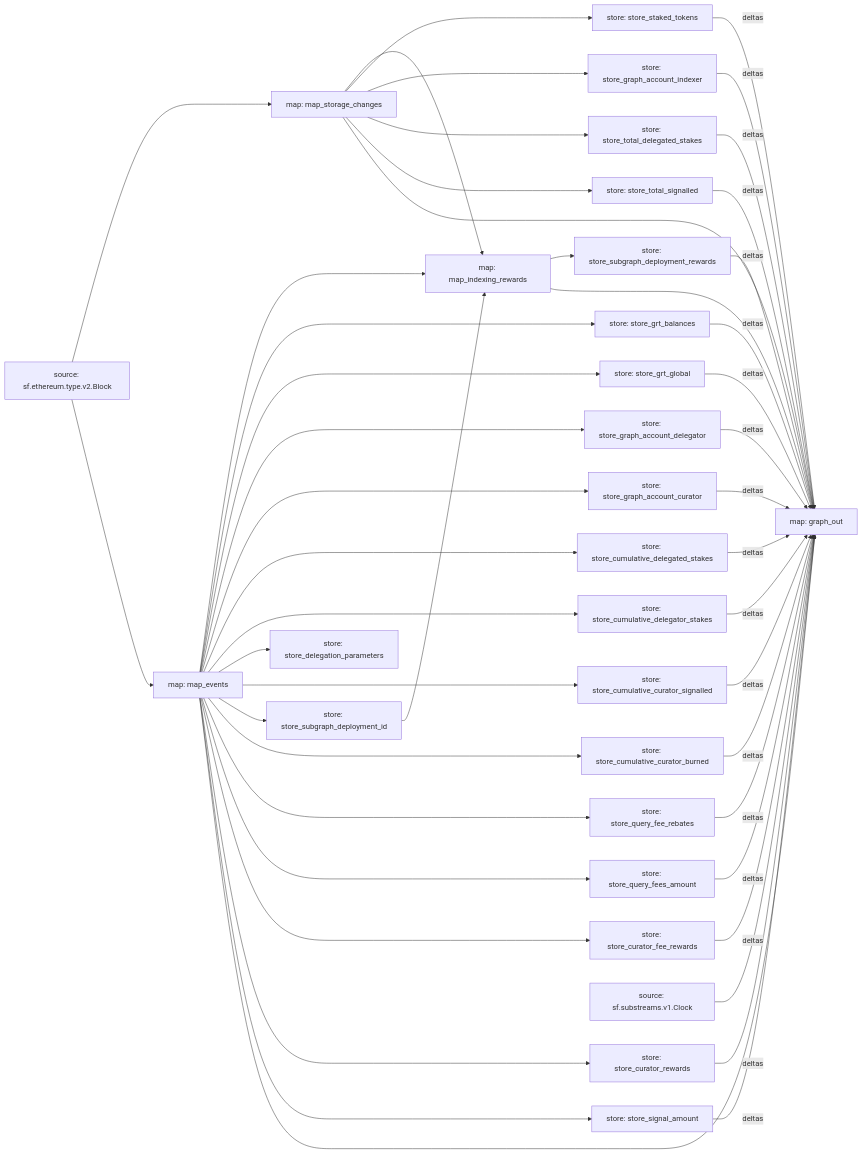
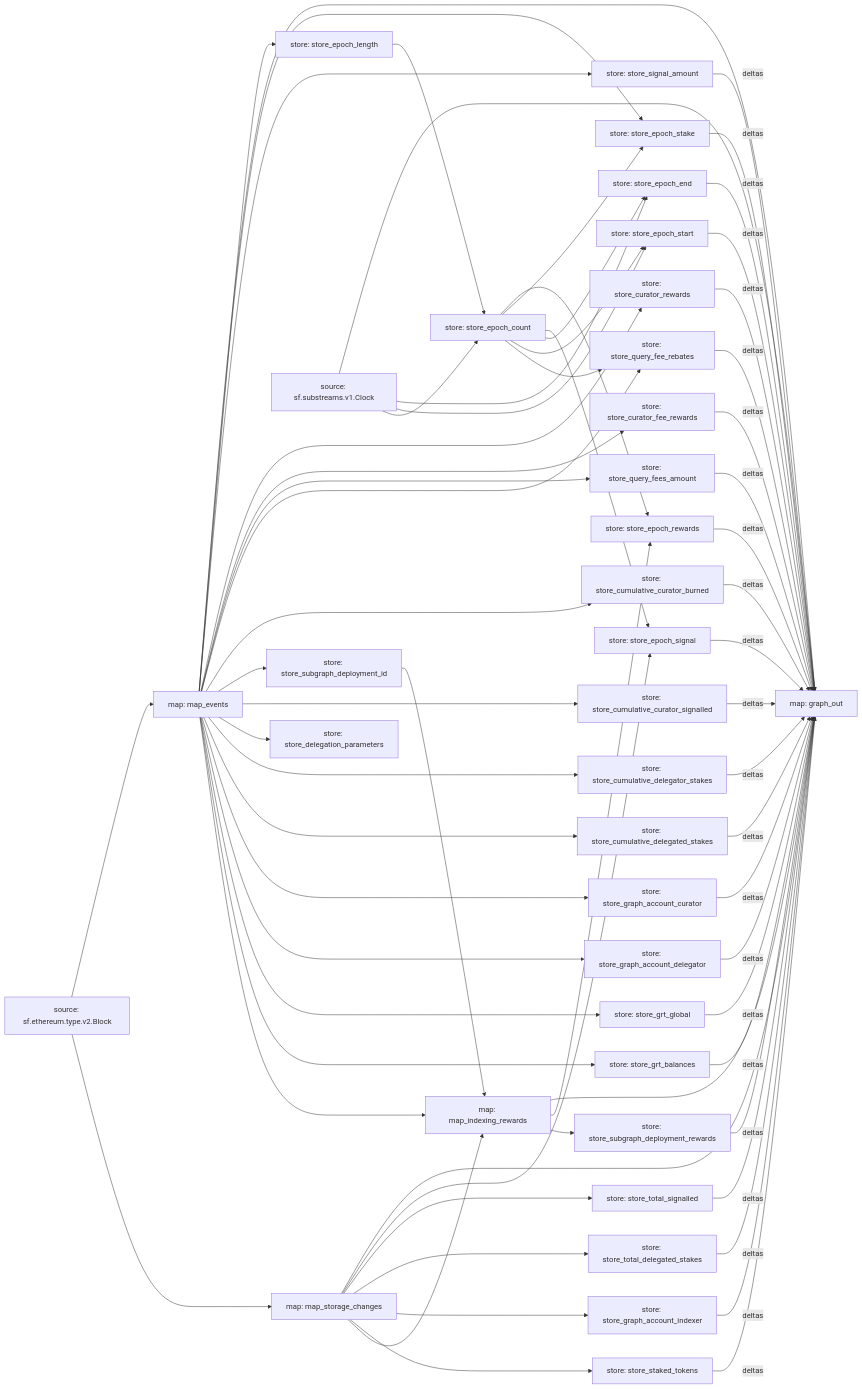
Before and after one commit to graphops/graph-network-substreams: the diagram in README.md, drawn with Mermaid. The commit also changed 16 other files, not shown here.

````diff
--- a/README.md
+++ b/README.md
@@ -61,6 +61,7 @@
   map_events --> store_cumulative_curator_burned;
   store_query_fee_rebates[store: store_query_fee_rebates];
   map_events --> store_query_fee_rebates;
+  store_epoch_count --> store_query_fee_rebates;
   store_query_fees_amount[store: store_query_fees_amount];
   map_events --> store_query_fees_amount;
   store_curator_fee_rewards[store: store_curator_fee_rewards];
@@ -71,9 +72,34 @@
   map_events --> store_signal_amount;
   store_subgraph_deployment_rewards[store: store_subgraph_deployment_rewards];
   map_indexing_rewards --> store_subgraph_deployment_rewards;
+  store_epoch_length[store: store_epoch_length];
+  map_events --> store_epoch_length;
+  store_epoch_count[store: store_epoch_count];
+  store_epoch_length --> store_epoch_count;
+  sf.substreams.v1.Clock[source: sf.substreams.v1.Clock] --> store_epoch_count;
+  store_epoch_start[store: store_epoch_start];
+  store_epoch_count --> store_epoch_start;
+  sf.substreams.v1.Clock[source: sf.substreams.v1.Clock] --> store_epoch_start;
+  store_epoch_en[store: store_epoch_end];
+  store_epoch_count --> store_epoch_en;
+  sf.substreams.v1.Clock[source: sf.substreams.v1.Clock] --> store_epoch_en;
+  store_epoch_signal[store: store_epoch_signal];
+  map_storage_changes --> store_epoch_signal;
+  store_epoch_count --> store_epoch_signal;
+  store_epoch_stake[store: store_epoch_stake];
+  map_events --> store_epoch_stake;
+  store_epoch_count --> store_epoch_stake;
+  store_epoch_rewards[store: store_epoch_rewards];
+  map_indexing_rewards --> store_epoch_rewards;
+  store_epoch_count --> store_epoch_rewards;
   graph_out[map: graph_out];
   sf.substreams.v1.Clock[source: sf.substreams.v1.Clock] --> graph_out;
   map_events --> graph_out;
+  store_epoch_start -- deltas --> graph_out;
+  store_epoch_en -- deltas --> graph_out;
+  store_epoch_signal -- deltas --> graph_out;
+  store_epoch_stake -- deltas --> graph_out;
+  store_epoch_rewards -- deltas --> graph_out;
   store_grt_global -- deltas --> graph_out;
   store_grt_balances -- deltas --> graph_out;
   store_graph_account_indexer -- deltas --> graph_out;
@@ -94,4 +120,5 @@
   store_signal_amount -- deltas --> graph_out;
   store_subgraph_deployment_rewards -- deltas --> graph_out;
   map_indexing_rewards --> graph_out;
+
 ```
````
